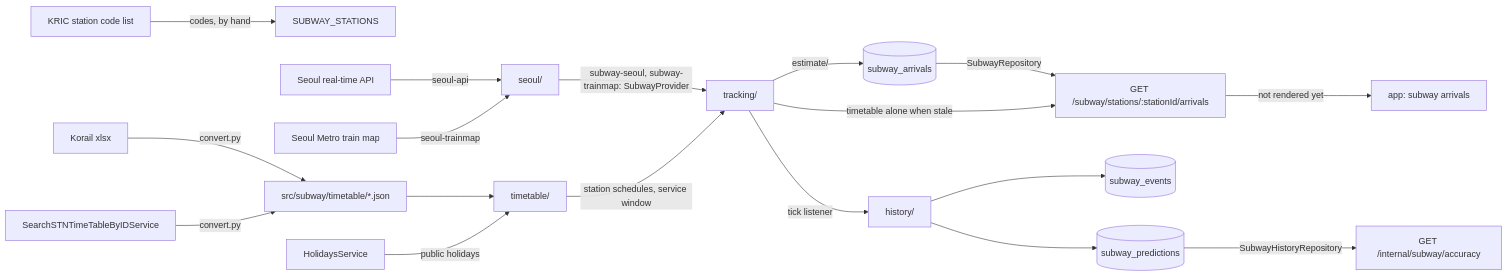
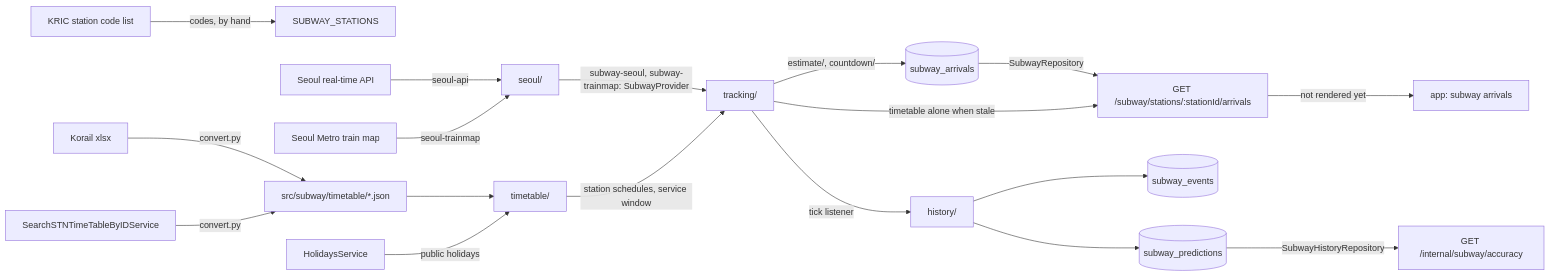
The diagram in docs/explanation/subway-architecture.md (skkuverse/skkuverse-server), drawn with Mermaid before and after one commit. The commit also changed other lines of this file, not shown here.

Commit message:
docs(subway): describe the accuracy fixes of the first live check

````diff
--- a/docs/explanation/subway-architecture.md
+++ b/docs/explanation/subway-architecture.md
@@ -73,20 +77,20 @@
 ```mermaid
 flowchart LR
   kric["KRIC station code list"] -->|codes, by hand| stations["SUBWAY_STATIONS"]
   xlsx["Korail xlsx"] -->|convert.py| tt["src/subway/timetable/*.json"]
   seoultt["SearchSTNTimeTableByIDService"] -->|convert.py| tt
   tt --> timetable["timetable/"]
   holidays["HolidaysService"] -->|public holidays| timetable
   seoulapi["Seoul real-time API"] -->|seoul-api| seoul["seoul/"]
   trainmap["Seoul Metro train map"] -->|seoul-trainmap| seoul
   seoul -->|"subway-seoul, subway-trainmap: SubwayProvider"| tracking["tracking/"]
   timetable -->|station schedules, service window| tracking
-  tracking -->|estimate/| coll[("subway_arrivals")]
+  tracking -->|"estimate/, countdown/"| coll[("subway_arrivals")]
   coll -->|SubwayRepository| route["GET /subway/stations/:stationId/arrivals"]
   tracking -->|timetable alone when stale| route
   route -->|not rendered yet| screen["app: subway arrivals"]
   tracking -->|tick listener| history["history/"]
   history --> events[("subway_events")]
   history --> predictions[("subway_predictions")]
   predictions -->|SubwayHistoryRepository| report["GET /internal/subway/accuracy"]
 ```
````
